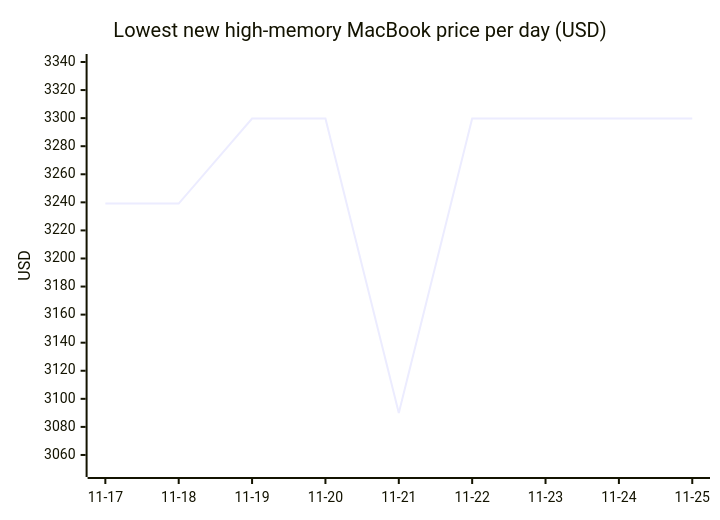
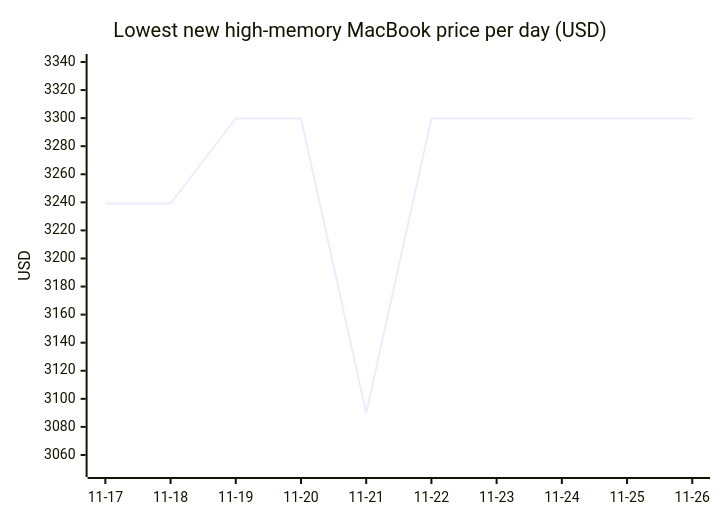
Diagram 17 of 18 in README.md (7324136828/4tb_ssd_price_watch), drawn with Mermaid before and after one commit. The commit also changed other lines of this file, not shown here.

````diff
--- a/README.md
+++ b/README.md
@@ -1659,7 +1713,7 @@
 ```mermaid
 xychart-beta
     title "Lowest new high-memory MacBook price per day (USD)"
-    x-axis ["11-17", "11-18", "11-19", "11-20", "11-21", "11-22", "11-23", "11-24", "11-25"]
+    x-axis ["11-17", "11-18", "11-19", "11-20", "11-21", "11-22", "11-23", "11-24", "11-25", "11-26"]
     y-axis "USD" 3050 --> 3340
-    line [3239.09, 3239.10, 3299.74, 3299.74, 3089.95, 3299.74, 3299.74, 3299.74, 3299.74]
+    line [3239.09, 3239.10, 3299.74, 3299.74, 3089.95, 3299.74, 3299.74, 3299.74, 3299.74, 3299.74]
 ```
````
